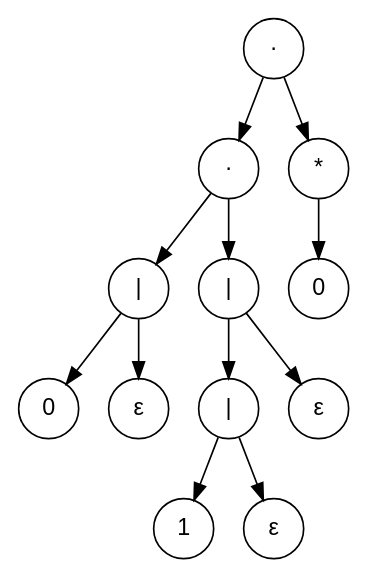
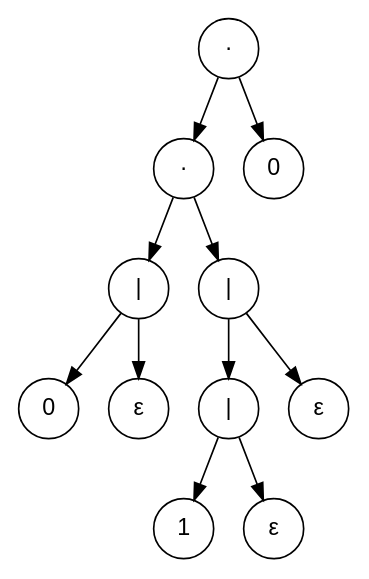
Before and after one commit to oscarligo/CC2019-LAB4: the diagram in trees/expression_04.dot, drawn with Graphviz. The commit also changed 6 other files, not shown here.

```diff
--- a/trees/expression_04.dot
+++ b/trees/expression_04.dot
@@ -1,27 +1,25 @@
 digraph SyntaxTree {
   rankdir=TB;
   node [shape=circle, fontname=Helvetica];
   n0 [label="·"];
   n1 [label="·"];
   n2 [label="|"];
   n3 [label="0"];
   n2 -> n3;
   n4 [label="ε"];
   n2 -> n4;
   n1 -> n2;
   n5 [label="|"];
   n6 [label="|"];
   n7 [label="1"];
   n6 -> n7;
   n8 [label="ε"];
   n6 -> n8;
   n5 -> n6;
   n9 [label="ε"];
   n5 -> n9;
   n1 -> n5;
   n0 -> n1;
-  n10 [label="*"];
-  n11 [label="0"];
-  n10 -> n11;
+  n10 [label="0"];
   n0 -> n10;
 }
```
